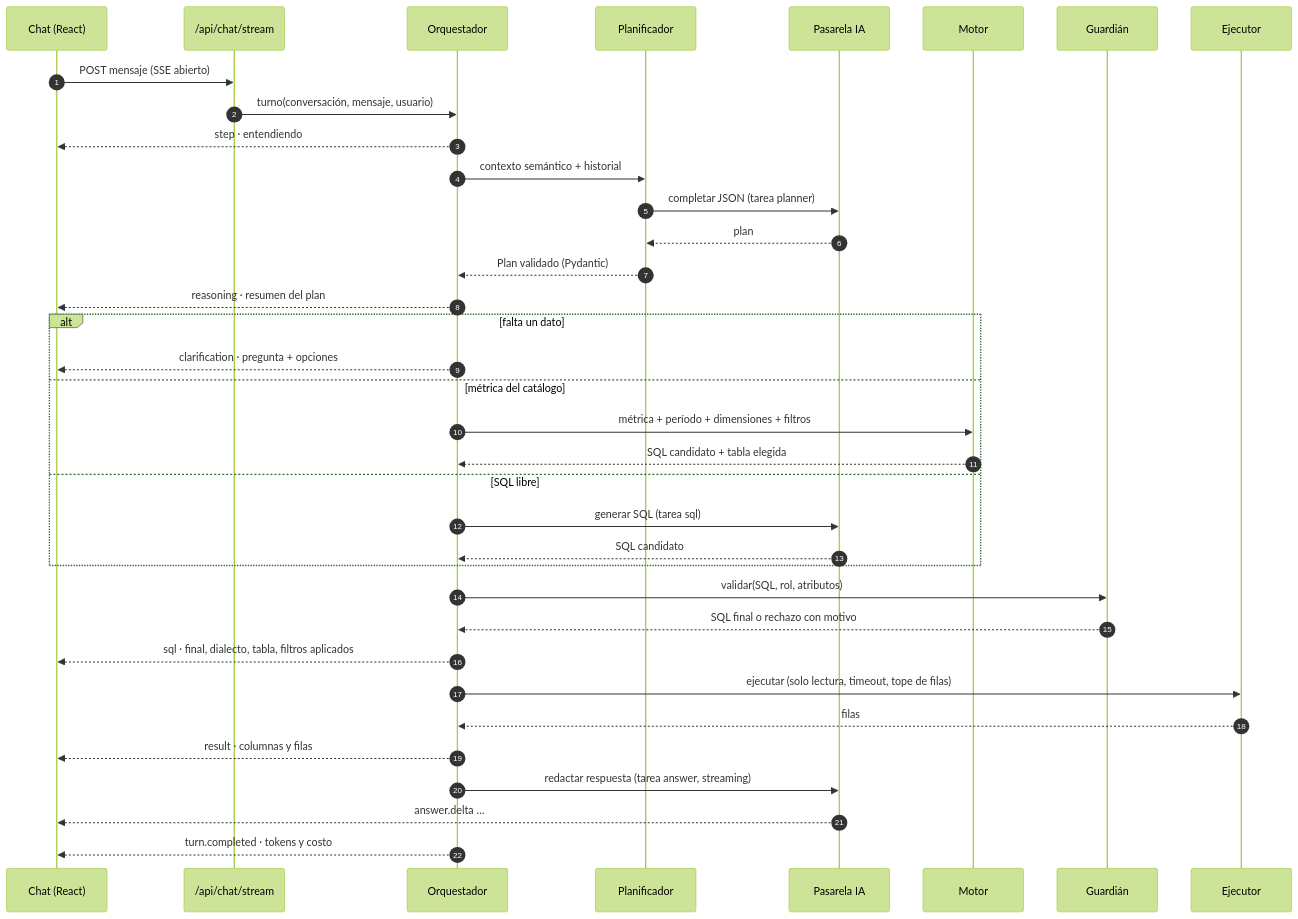
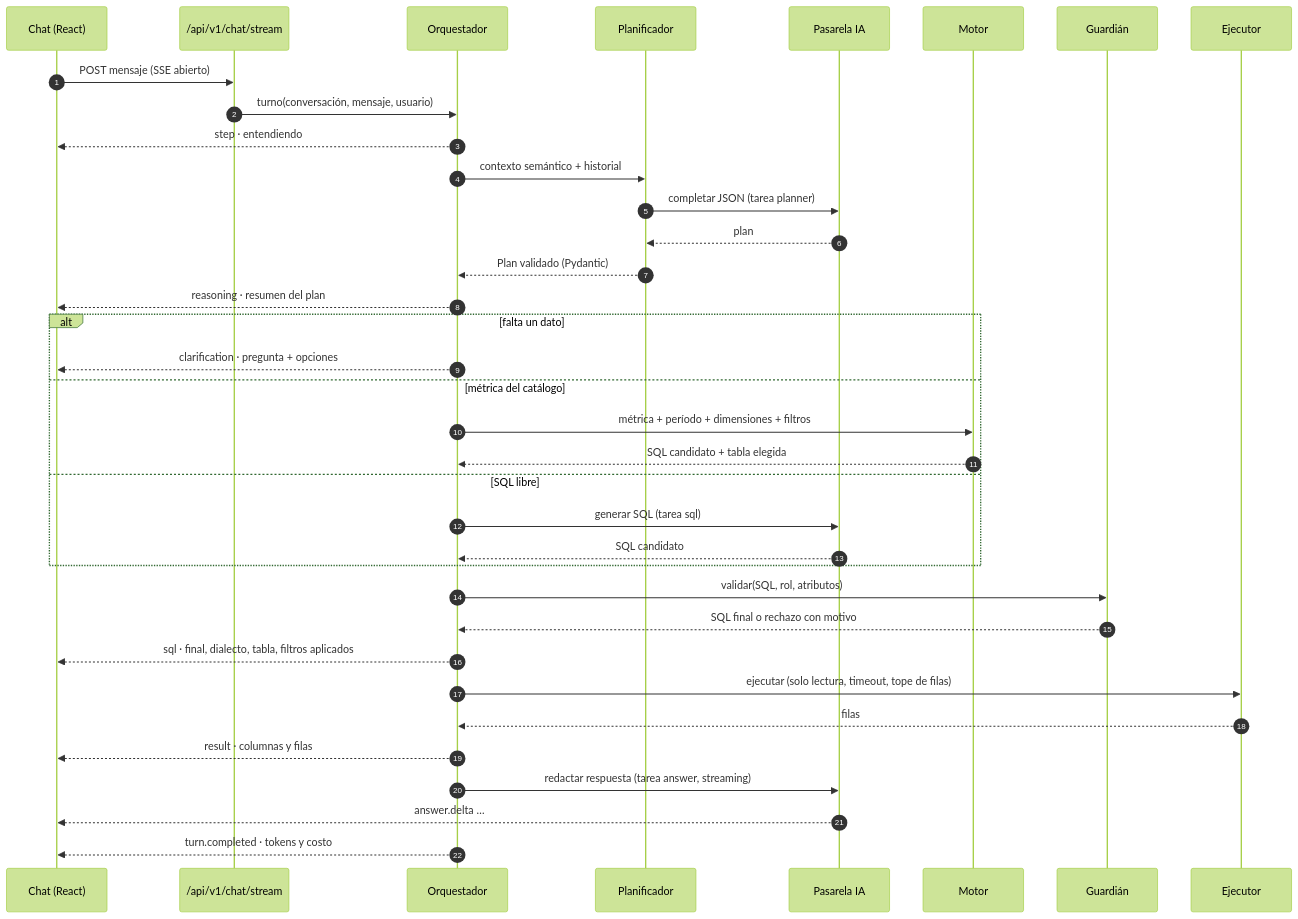
The fourth of 5 diagrams in docs/ARQUITECTURA.md (jmmana/ChatIApp), drawn with Mermaid (forest theme) before and after one commit. The commit also changed other lines of this file and 14 other files, not shown here.

First line of the commit message:
Diseñar la integración de ChatIApp en otras apps y publicar el roadmap

````diff
--- a/docs/ARQUITECTURA.md
+++ b/docs/ARQUITECTURA.md
@@ -89,39 +96,39 @@
 ```mermaid
 sequenceDiagram
     autonumber
     participant UI as Chat (React)
-    participant API as /api/chat/stream
+    participant API as /api/v1/chat/stream
     participant AG as Orquestador
     participant PL as Planificador
     participant GW as Pasarela IA
     participant EN as Motor
     participant GD as Guardián
     participant EX as Ejecutor
 
     UI->>API: POST mensaje (SSE abierto)
     API->>AG: turno(conversación, mensaje, usuario)
     AG-->>UI: step · entendiendo
     AG->>PL: contexto semántico + historial
     PL->>GW: completar JSON (tarea planner)
     GW-->>PL: plan
     PL-->>AG: Plan validado (Pydantic)
     AG-->>UI: reasoning · resumen del plan
     alt falta un dato
         AG-->>UI: clarification · pregunta + opciones
     else métrica del catálogo
         AG->>EN: métrica + período + dimensiones + filtros
         EN-->>AG: SQL candidato + tabla elegida
     else SQL libre
         AG->>GW: generar SQL (tarea sql)
         GW-->>AG: SQL candidato
     end
     AG->>GD: validar(SQL, rol, atributos)
     GD-->>AG: SQL final o rechazo con motivo
     AG-->>UI: sql · final, dialecto, tabla, filtros aplicados
     AG->>EX: ejecutar (solo lectura, timeout, tope de filas)
     EX-->>AG: filas
     AG-->>UI: result · columnas y filas
     AG->>GW: redactar respuesta (tarea answer, streaming)
     GW-->>UI: answer.delta …
     AG-->>UI: turn.completed · tokens y costo
 ```
````
